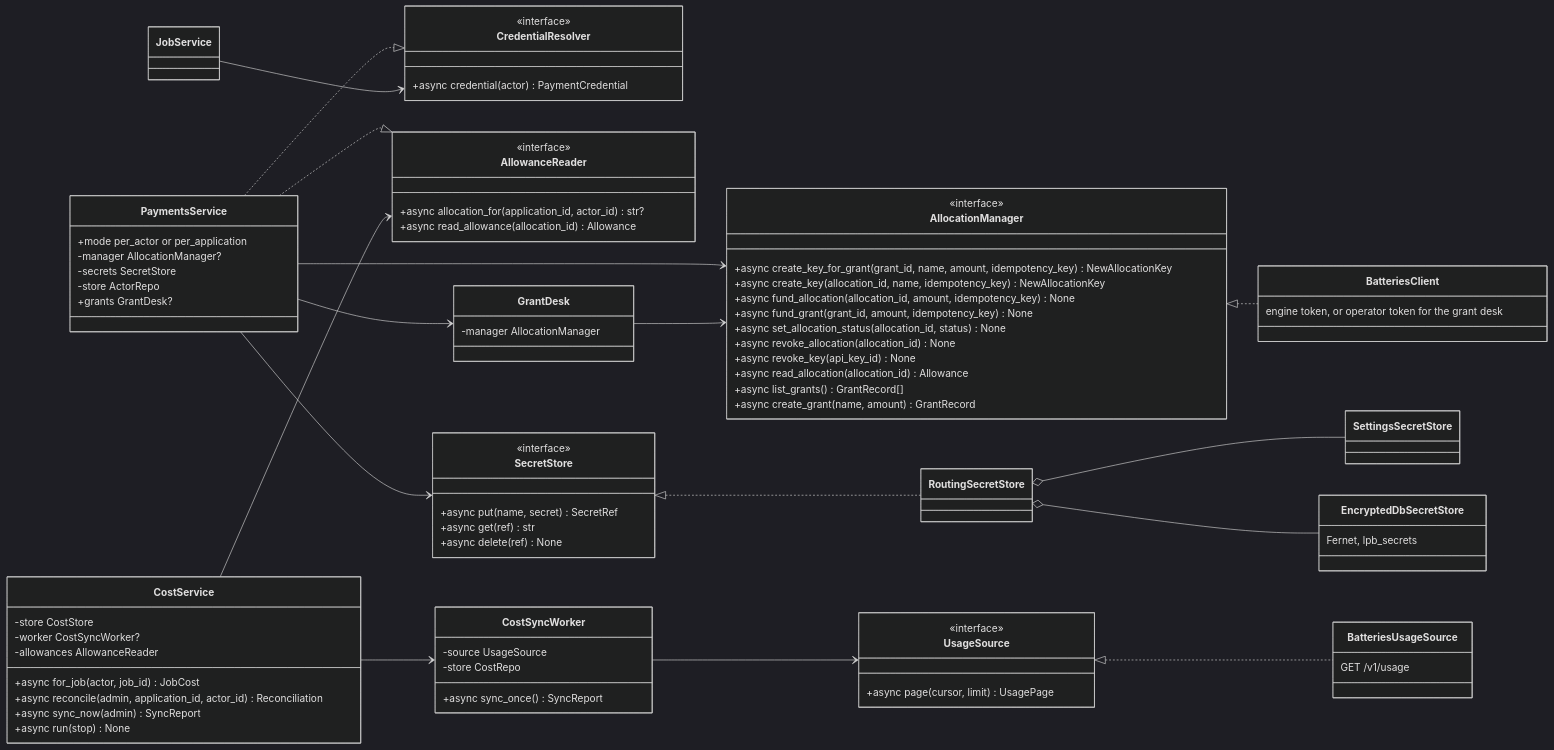
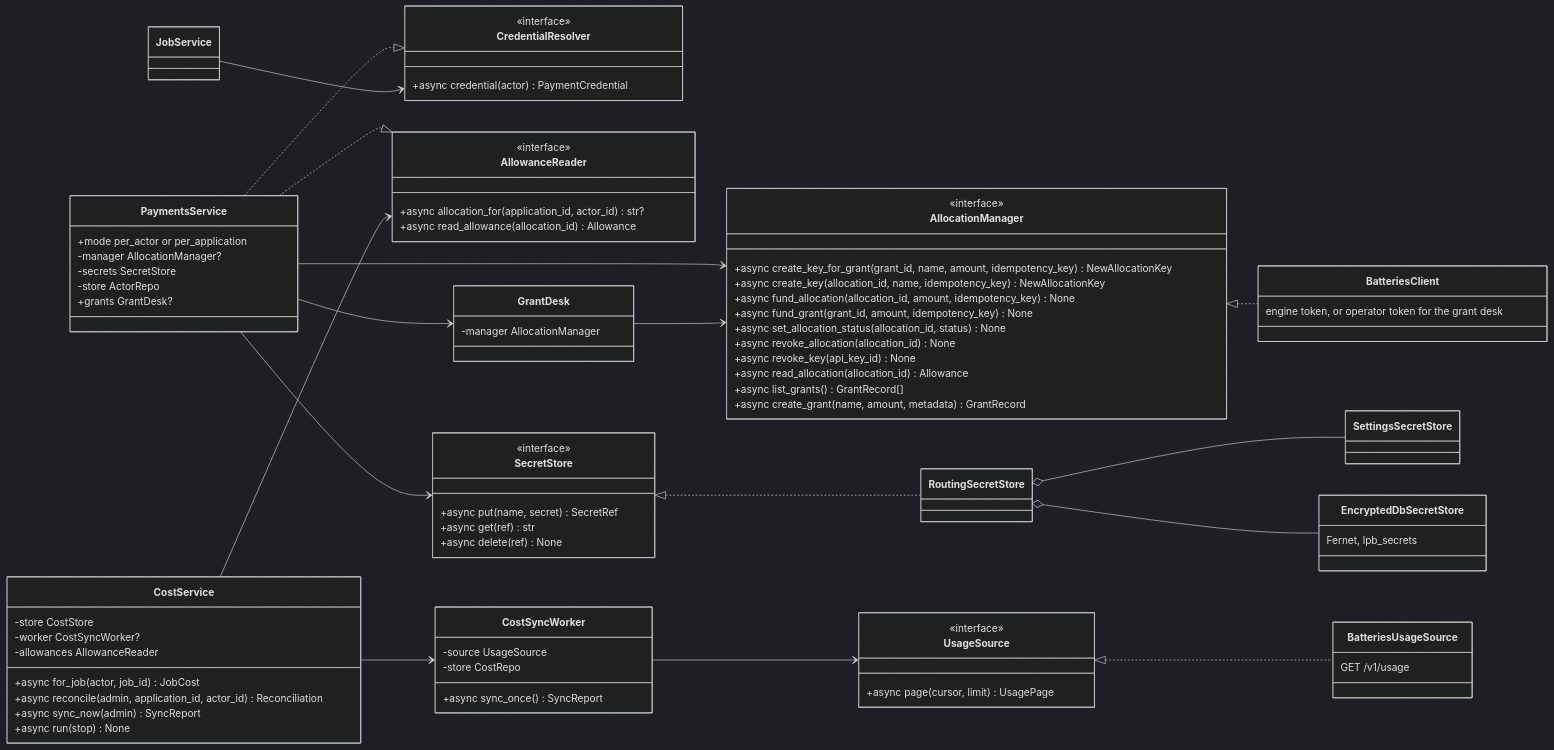
Before and after one commit to NE-Build-Track/livepeer-builder-core: the fifth of 18 diagrams in docs/design-docs/interfaces-and-http-servers.md, drawn with Mermaid (dark theme). The commit also changed other lines of this file and 41 other files, not shown here.

```diff
--- a/docs/design-docs/interfaces-and-http-servers.md
+++ b/docs/design-docs/interfaces-and-http-servers.md
@@ -364,7 +364,7 @@
         +async revoke_key(api_key_id) None
         +async read_allocation(allocation_id) Allowance
         +async list_grants() GrantRecord[]
-        +async create_grant(name, amount) GrantRecord
+        +async create_grant(name, amount, metadata) GrantRecord
     }
     class UsageSource {
         <<interface>>
```
